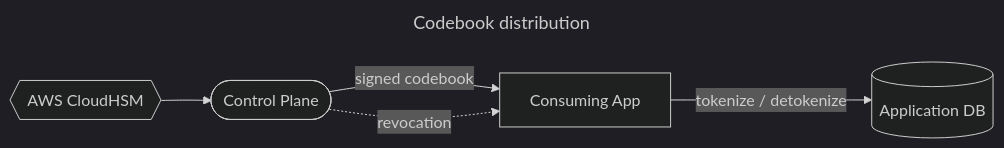
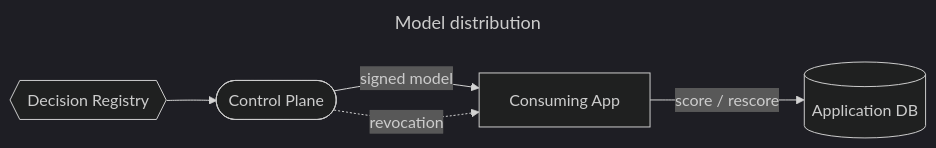
Before and after one commit to SlideWright/lattice: the first of 25 diagrams in lib/components/diagram/diagram/diagram.gallery.md, drawn with Mermaid (dark theme). The commit also changed other lines of this file and 4 other files, not shown here.

First line of the commit message:
content: re-theme the diagram + baseline showcase decks off codebook

````diff
--- a/lib/components/diagram/diagram/diagram.gallery.md
+++ b/lib/components/diagram/diagram/diagram.gallery.md
@@ -61,10 +61,10 @@
 ```mermaid
 ---
-title: Codebook distribution
+title: Model distribution
 ---
 flowchart LR
-  A{{"AWS CloudHSM"}} --> B(["Control Plane"])
-  B -->|"signed codebook"| C["Consuming App"]
-  C -->|"tokenize / detokenize"| D[("Application DB")]
+  A{{"Decision Registry"}} --> B(["Control Plane"])
+  B -->|"signed model"| C["Consuming App"]
+  C -->|"score / rescore"| D[("Application DB")]
   B -.->|"revocation"| C
 ```
````
